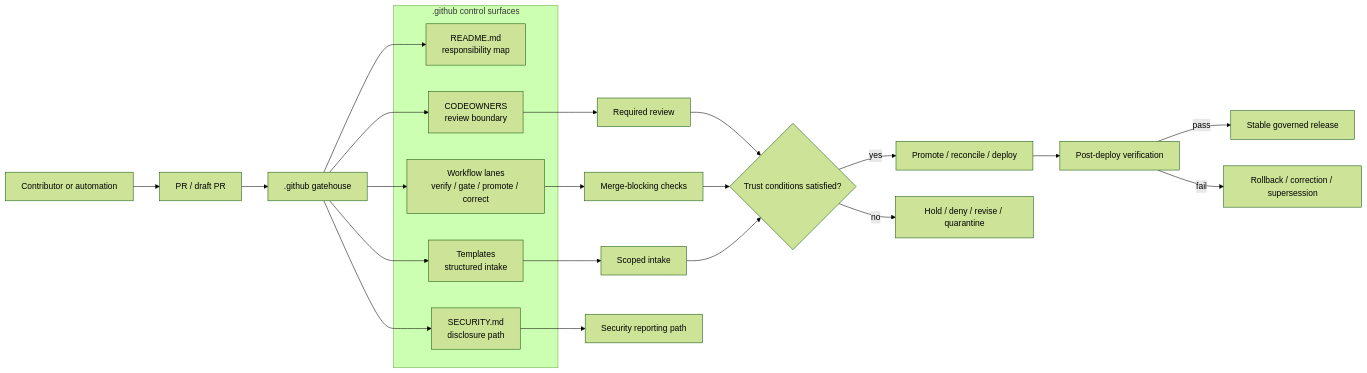
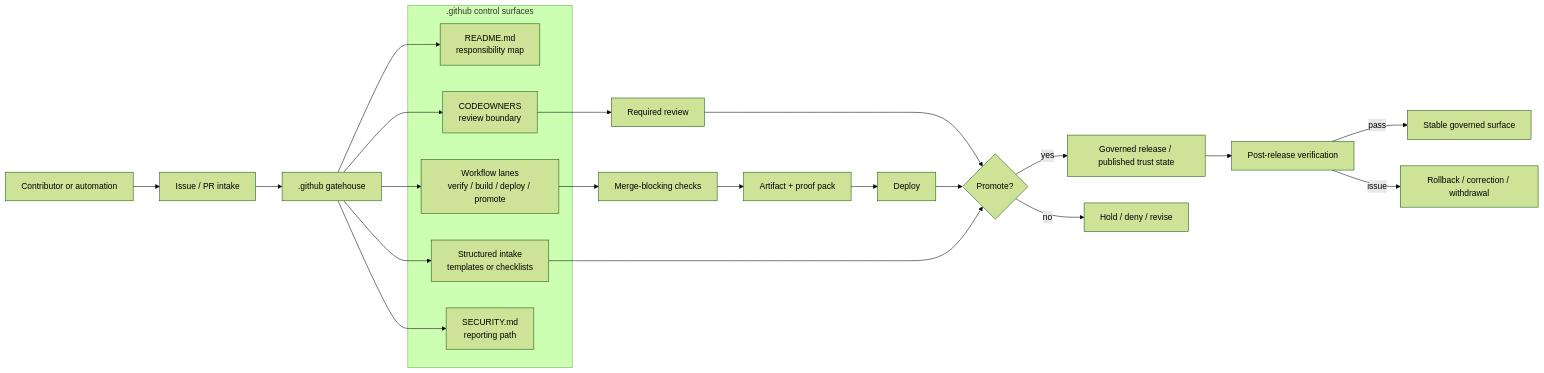
The diagram in .github/README.md (bartytime4life/Kansas-Frontier-Matrix), drawn with Mermaid (forest theme) before and after one commit. The commit also changed other lines of this file, not shown here.

First line of the commit message:
Revise README notes and visibility information

````diff
--- a/.github/README.md
+++ b/.github/README.md
@@ -225,35 +247,34 @@
 ```mermaid
 flowchart LR
-    A[Contributor or automation] --> B[PR / draft PR]
+    A[Contributor or automation] --> B[Issue / PR intake]
     B --> C[.github gatehouse]
 
     subgraph G[".github control surfaces"]
       G1["README.md<br/>responsibility map"]
       G2["CODEOWNERS<br/>review boundary"]
-      G3["Workflow lanes<br/>verify / gate / promote / correct"]
-      G4["Templates<br/>structured intake"]
-      G5["SECURITY.md<br/>disclosure path"]
+      G3["Workflow lanes<br/>verify / build / deploy / promote"]
+      G4["Structured intake<br/>templates or checklists"]
+      G5["SECURITY.md<br/>reporting path"]
     end
 
     C --> G1
     C --> G2
     C --> G3
     C --> G4
     C --> G5
 
     G2 --> H[Required review]
     G3 --> I[Merge-blocking checks]
-    G4 --> J[Scoped intake]
-    G5 --> K[Security reporting path]
+    I --> J[Artifact + proof pack]
+    J --> K[Deploy]
+    H --> L{Promote?}
+    K --> L
+    G4 --> L
 
-    H --> L{Trust conditions satisfied?}
-    I --> L
-    J --> L
+    L -->|yes| M[Governed release / published trust state]
+    L -->|no| N[Hold / deny / revise]
 
-    L -->|yes| M[Promote / reconcile / deploy]
-    L -->|no| N[Hold / deny / revise / quarantine]
-
-    M --> O[Post-deploy verification]
-    O -->|pass| P[Stable governed release]
-    O -->|fail| Q[Rollback / correction / supersession]
+    M --> O[Post-release verification]
+    O -->|pass| P[Stable governed surface]
+    O -->|issue| Q[Rollback / correction / withdrawal]
 ```
````
